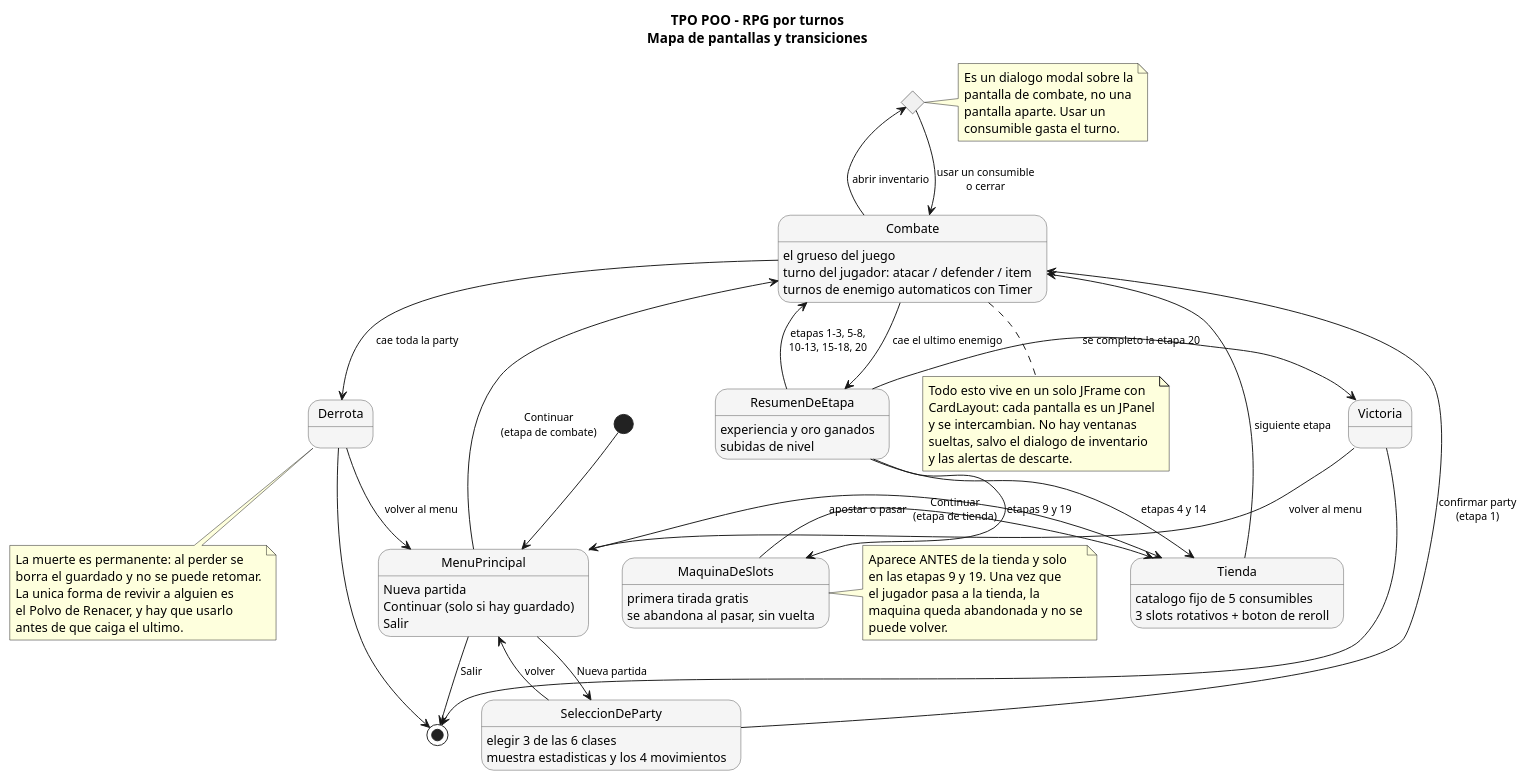
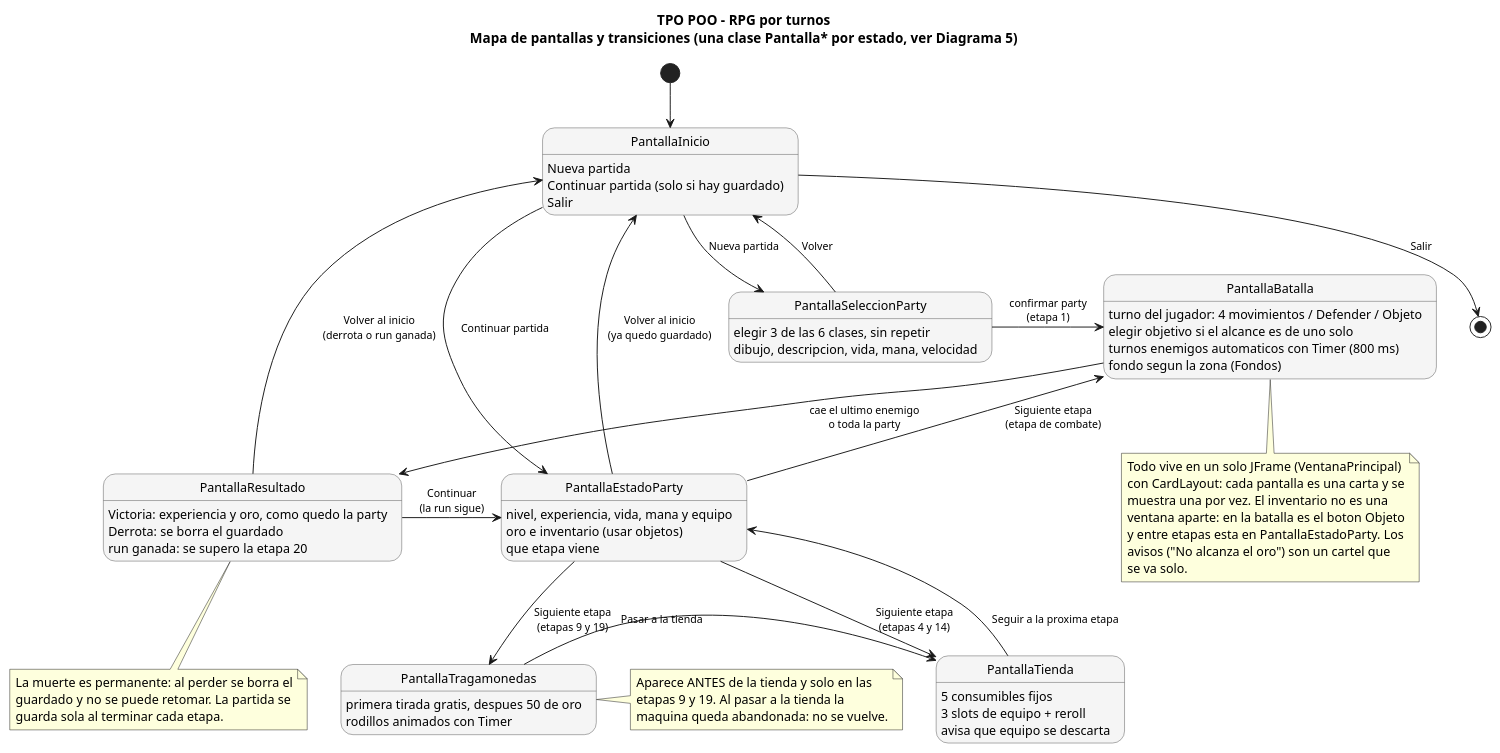
Before and after one commit to lukitas-jpg/JuegoPOO: the diagram in diagramas/S3_mapa_de_pantallas.puml, drawn with PlantUML. The commit also changed 26 other files, not shown here.

First line of the commit message:
Diagrama 5 (MVC) y diagramas al dia con el codigo

```diff
--- a/diagramas/S3_mapa_de_pantallas.puml
+++ b/diagramas/S3_mapa_de_pantallas.puml
@@ -1,108 +1,98 @@
 @startuml S3_mapa_de_pantallas
-title TPO POO - RPG por turnos\nMapa de pantallas y transiciones
+title TPO POO - RPG por turnos\nMapa de pantallas y transiciones (una clase Pantalla* por estado, ver Diagrama 5)
 
 skinparam state {
   BackgroundColor #f5f5f5
   BorderColor #555555
   FontSize 13
 }
 skinparam ArrowFontSize 11
 skinparam nodesep 35
 skinparam ranksep 45
 
-[*] -down-> MenuPrincipal
+[*] -down-> PantallaInicio
 
-state MenuPrincipal {
-  MenuPrincipal : Nueva partida
-  MenuPrincipal : Continuar (solo si hay guardado)
-  MenuPrincipal : Salir
+state PantallaInicio {
+  PantallaInicio : Nueva partida
+  PantallaInicio : Continuar partida (solo si hay guardado)
+  PantallaInicio : Salir
 }
 
-state SeleccionDeParty {
-  SeleccionDeParty : elegir 3 de las 6 clases
-  SeleccionDeParty : muestra estadisticas y los 4 movimientos
+state PantallaSeleccionParty {
+  PantallaSeleccionParty : elegir 3 de las 6 clases, sin repetir
+  PantallaSeleccionParty : dibujo, descripcion, vida, mana, velocidad
 }
 
-state Combate {
-  Combate : el grueso del juego
-  Combate : turno del jugador: atacar / defender / item
-  Combate : turnos de enemigo automaticos con Timer
+state PantallaBatalla {
+  PantallaBatalla : turno del jugador: 4 movimientos / Defender / Objeto
+  PantallaBatalla : elegir objetivo si el alcance es de uno solo
+  PantallaBatalla : turnos enemigos automaticos con Timer (800 ms)
+  PantallaBatalla : fondo segun la zona (Fondos)
 }
 
-state ResumenDeEtapa {
-  ResumenDeEtapa : experiencia y oro ganados
-  ResumenDeEtapa : subidas de nivel
+state PantallaResultado {
+  PantallaResultado : Victoria: experiencia y oro, como quedo la party
+  PantallaResultado : Derrota: se borra el guardado
+  PantallaResultado : run ganada: se supero la etapa 20
 }
 
-state Tienda {
-  Tienda : catalogo fijo de 5 consumibles
-  Tienda : 3 slots rotativos + boton de reroll
+state PantallaEstadoParty {
+  PantallaEstadoParty : nivel, experiencia, vida, mana y equipo
+  PantallaEstadoParty : oro e inventario (usar objetos)
+  PantallaEstadoParty : que etapa viene
 }
 
-state MaquinaDeSlots {
-  MaquinaDeSlots : primera tirada gratis
-  MaquinaDeSlots : se abandona al pasar, sin vuelta
+state PantallaTragamonedas {
+  PantallaTragamonedas : primera tirada gratis, despues 50 de oro
+  PantallaTragamonedas : rodillos animados con Timer
 }
 
-MenuPrincipal -down-> SeleccionDeParty : Nueva partida
-MenuPrincipal -right-> Combate : Continuar\n(etapa de combate)
-MenuPrincipal -right-> Tienda : Continuar\n(etapa de tienda)
-MenuPrincipal -down-> [*] : Salir
+state PantallaTienda {
+  PantallaTienda : 5 consumibles fijos
+  PantallaTienda : 3 slots de equipo + reroll
+  PantallaTienda : avisa que equipo se descarta
+}
 
-SeleccionDeParty -right-> Combate : confirmar party\n(etapa 1)
-SeleccionDeParty -up-> MenuPrincipal : volver
+PantallaInicio -down-> PantallaSeleccionParty : Nueva partida
+PantallaInicio -right-> PantallaEstadoParty : Continuar partida
+PantallaInicio -down-> [*] : Salir
 
-Combate -down-> ResumenDeEtapa : cae el ultimo enemigo
-Combate -right-> Derrota : cae toda la party
+PantallaSeleccionParty -right-> PantallaBatalla : confirmar party\n(etapa 1)
+PantallaSeleccionParty -up-> PantallaInicio : Volver
 
-ResumenDeEtapa -up-> Combate : etapas 1-3, 5-8,\n10-13, 15-18, 20
-ResumenDeEtapa -down-> Tienda : etapas 4 y 14
-ResumenDeEtapa -down-> MaquinaDeSlots : etapas 9 y 19
-ResumenDeEtapa -right-> Victoria : se completo la etapa 20
+PantallaBatalla -down-> PantallaResultado : cae el ultimo enemigo\no toda la party
 
-MaquinaDeSlots -right-> Tienda : apostar o pasar
+PantallaResultado -right-> PantallaEstadoParty : Continuar\n(la run sigue)
+PantallaResultado -up-> PantallaInicio : Volver al inicio\n(derrota o run ganada)
 
-Tienda -up-> Combate : siguiente etapa
+PantallaEstadoParty -up-> PantallaBatalla : Siguiente etapa\n(etapa de combate)
+PantallaEstadoParty -down-> PantallaTienda : Siguiente etapa\n(etapas 4 y 14)
+PantallaEstadoParty -down-> PantallaTragamonedas : Siguiente etapa\n(etapas 9 y 19)
+PantallaEstadoParty -up-> PantallaInicio : Volver al inicio\n(ya quedo guardado)
 
-Derrota -down-> MenuPrincipal : volver al menu
-Victoria -down-> MenuPrincipal : volver al menu
+PantallaTragamonedas -right-> PantallaTienda : Pasar a la tienda
+PantallaTienda -up-> PantallaEstadoParty : Seguir a la proxima etapa
 
-Derrota -down-> [*]
-Victoria -down-> [*]
-
-state Inventario <<choice>>
-Combate -up-> Inventario : abrir inventario
-Inventario -down-> Combate : usar un consumible\no cerrar
-
-note right of Inventario
-  Es un dialogo modal sobre la
-  pantalla de combate, no una
-  pantalla aparte. Usar un
-  consumible gasta el turno.
+note right of PantallaTragamonedas
+  Aparece ANTES de la tienda y solo en las
+  etapas 9 y 19. Al pasar a la tienda la
+  maquina queda abandonada: no se vuelve.
 end note
 
-note right of MaquinaDeSlots
-  Aparece ANTES de la tienda y solo
-  en las etapas 9 y 19. Una vez que
-  el jugador pasa a la tienda, la
-  maquina queda abandonada y no se
-  puede volver.
+note bottom of PantallaBatalla
+  Todo vive en un solo JFrame (VentanaPrincipal)
+  con CardLayout: cada pantalla es una carta y se
+  muestra una por vez. El inventario no es una
+  ventana aparte: en la batalla es el boton Objeto
+  y entre etapas esta en PantallaEstadoParty. Los
+  avisos ("No alcanza el oro") son un cartel que
+  se va solo.
 end note
 
-note bottom of Combate
-  Todo esto vive en un solo JFrame con
-  CardLayout: cada pantalla es un JPanel
-  y se intercambian. No hay ventanas
-  sueltas, salvo el dialogo de inventario
-  y las alertas de descarte.
-end note
-
-note bottom of Derrota
-  La muerte es permanente: al perder se
-  borra el guardado y no se puede retomar.
-  La unica forma de revivir a alguien es
-  el Polvo de Renacer, y hay que usarlo
-  antes de que caiga el ultimo.
+note bottom of PantallaResultado
+  La muerte es permanente: al perder se borra el
+  guardado y no se puede retomar. La partida se
+  guarda sola al terminar cada etapa.
 end note
 
 @enduml
```
